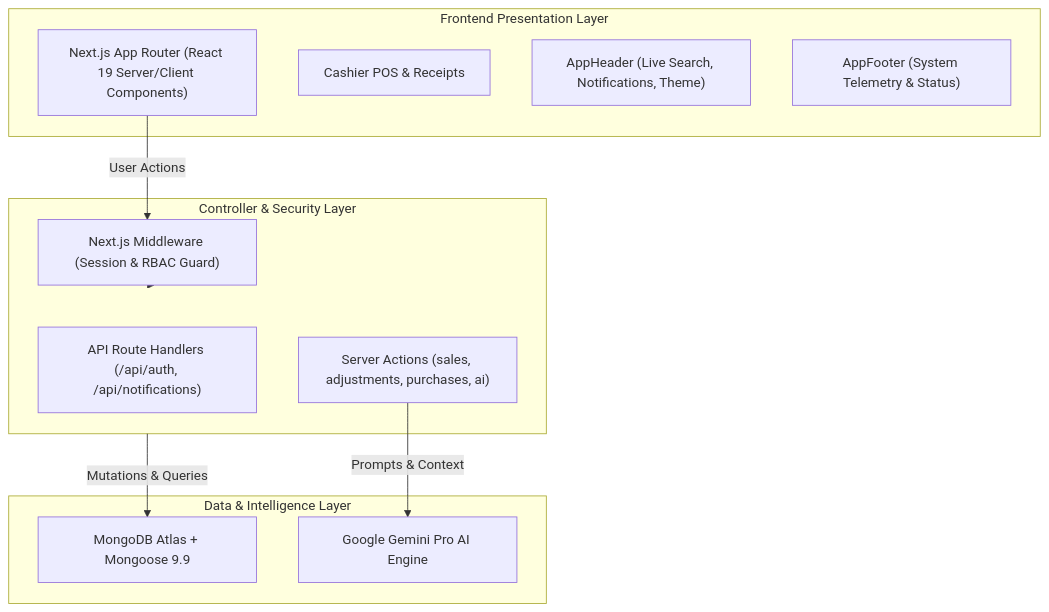
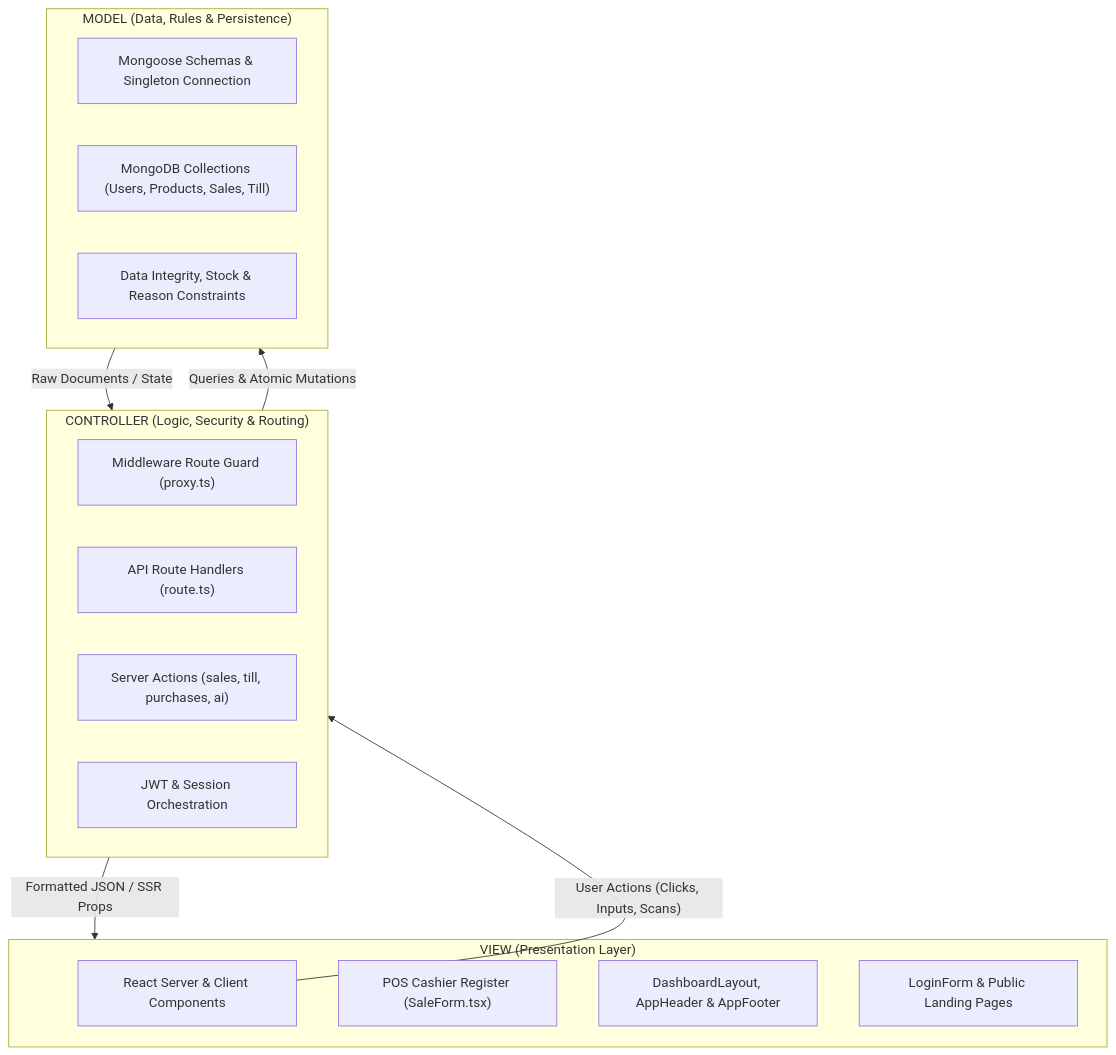
The diagram in README.md (NkengH/INVENSYSTEMTSMART-), drawn with Mermaid before and after one commit. The commit also changed other lines of this file, not shown here.

Commit message:
docs: merge EXPLAINED.md MVC architecture breakdown into README.md

````diff
--- a/README.md
+++ b/README.md
@@ -80,25 +103,27 @@
 ```mermaid
 flowchart TD
-    subgraph Client ["Frontend Presentation Layer"]
-        UI["Next.js App Router (React 19 Server/Client Components)"]
-        POS["Cashier POS & Receipts"]
-        Header["AppHeader (Live Search, Notifications, Theme)"]
-        Footer["AppFooter (System Telemetry & Status)"]
+    subgraph View ["VIEW (Presentation Layer)"]
+        UI["React Server & Client Components"]
+        POS["POS Cashier Register (SaleForm.tsx)"]
+        Dash["DashboardLayout, AppHeader & AppFooter"]
+        Login["LoginForm & Public Landing Pages"]
     end
 
-    subgraph Controller ["Controller & Security Layer"]
-        Edge["Next.js Middleware (Session & RBAC Guard)"]
-        API["API Route Handlers (/api/auth, /api/notifications)"]
-        Actions["Server Actions (sales, adjustments, purchases, ai)"]
+    subgraph Controller ["CONTROLLER (Logic, Security & Routing)"]
+        MW["Middleware Route Guard (proxy.ts)"]
+        API["API Route Handlers (route.ts)"]
+        Actions["Server Actions (sales, till, purchases, ai)"]
+        AuthLogic["JWT & Session Orchestration"]
     end
 
-    subgraph Model ["Data & Intelligence Layer"]
-        DB["MongoDB Atlas + Mongoose 9.9"]
-        Gemini["Google Gemini Pro AI Engine"]
+    subgraph Model ["MODEL (Data, Rules & Persistence)"]
+        Mongoose["Mongoose Schemas & Singleton Connection"]
+        Collections["MongoDB Collections (Users, Products, Sales, Till)"]
+        Validations["Data Integrity, Stock & Reason Constraints"]
     end
 
-    UI -->|"User Actions"| Edge
-    Edge --> Controller
-    Controller -->|"Mutations & Queries"| DB
-    Actions -->|"Prompts & Context"| Gemini
+    UI -->|"User Actions (Clicks, Inputs, Scans)"| Controller
+    Controller -->|"Queries & Atomic Mutations"| Model
+    Model -->|"Raw Documents / State"| Controller
+    Controller -->|"Formatted JSON / SSR Props"| View
 ```
````
